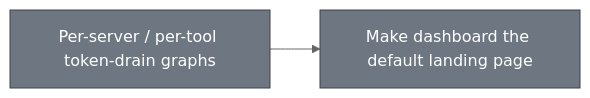
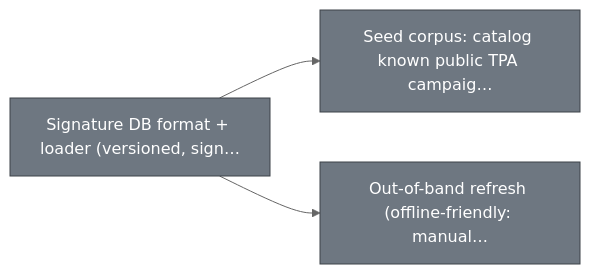
Diagram 11 of 17 in ROADMAP.md (smart-mcp-proxy/mcpproxy-go), drawn with Mermaid (neutral theme) before and after one commit. The commit also changed other lines of this file and 3 other files, not shown here.

````diff
--- a/ROADMAP.md
+++ b/ROADMAP.md
@@ -331,10 +362,12 @@
 ```mermaid
 graph LR
-  analytics_token_drain_graphs["Per-server / per-tool token-drain graphs"]
-  analytics_default_landing["Make dashboard the default landing page"]
+  tpa_db_format["Signature DB format + loader (versioned, sign…"]
+  tpa_db_corpus["Seed corpus: catalog known public TPA campaig…"]
+  tpa_db_refresh["Out-of-band refresh (offline-friendly: manual…"]
 
-  analytics_token_drain_graphs --> analytics_default_landing
+  tpa_db_format --> tpa_db_corpus
+  tpa_db_format --> tpa_db_refresh
 
   classDef todo fill:#6e7781,stroke:#3d4248,color:#ffffff;
-  class analytics_token_drain_graphs,analytics_default_landing todo;
+  class tpa_db_format,tpa_db_corpus,tpa_db_refresh todo;
 ```
````
